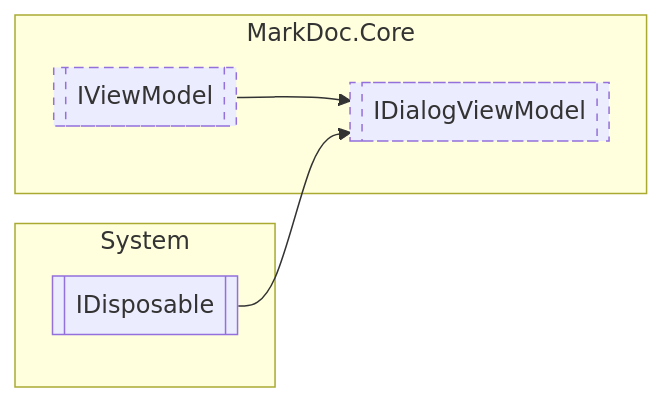
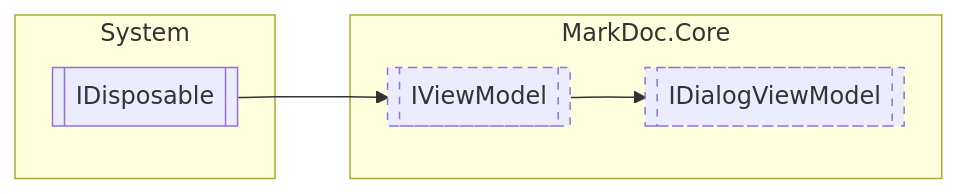
Before and after one commit to hailstorm75/ModularDoc: the diagram in sourceWiki/markdoc/core/IDialogViewModel.md, drawn with Mermaid. The commit also changed 20 other files, not shown here.

````diff
--- a/sourceWiki/markdoc/core/IDialogViewModel.md
+++ b/sourceWiki/markdoc/core/IDialogViewModel.md
@@ -7,16 +7,16 @@
 ```mermaid
   flowchart LR
   classDef interfaceStyle stroke-dasharray: 5 5;
   classDef abstractStyle stroke-width:4px
   subgraph MarkDoc.Core
   MarkDoc.Core.IDialogViewModel[[IDialogViewModel]]
   class MarkDoc.Core.IDialogViewModel interfaceStyle;
   MarkDoc.Core.IViewModel[[IViewModel]]
   class MarkDoc.Core.IViewModel interfaceStyle;
   end
   subgraph System
 System.IDisposable[[IDisposable]]
   end
 MarkDoc.Core.IViewModel --> MarkDoc.Core.IDialogViewModel
-System.IDisposable --> MarkDoc.Core.IDialogViewModel
+System.IDisposable --> MarkDoc.Core.IViewModel
 ```
````
